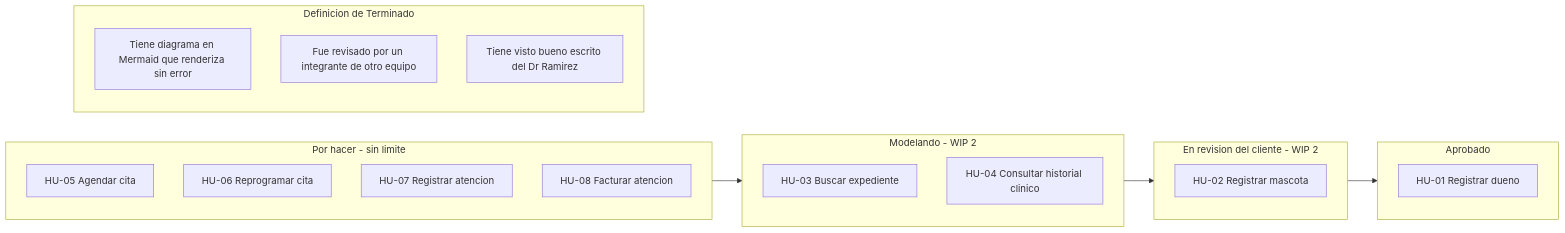
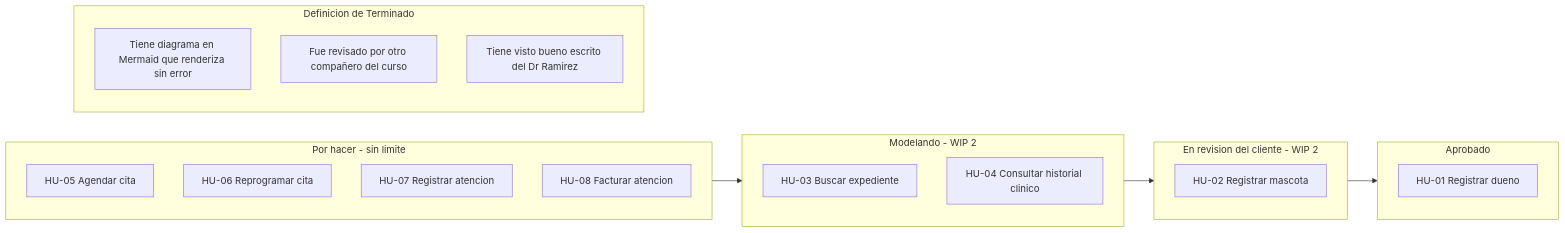
One commit to AndresDFX/UNIAJ changed the second of 2 diagrams in Seminario de Sistemas/Kit docente/Clase 4/Taller en ExamLab - Clase 4 (configuracion).md. Above: the diagram before and after it, drawn with Mermaid. The commit also changed other lines of this file and 535 other files, not shown here.

````diff
--- a/Seminario de Sistemas/Kit docente/Clase 4/Taller en ExamLab - Clase 4 (configuracion).md
+++ b/Seminario de Sistemas/Kit docente/Clase 4/Taller en ExamLab - Clase 4 (configuracion).md
@@ -143,25 +143,25 @@
 ```mermaid
 flowchart LR
     subgraph PH[Por hacer - sin limite]
         T5[HU-05 Agendar cita]
         T6[HU-06 Reprogramar cita]
         T7[HU-07 Registrar atencion]
         T8[HU-08 Facturar atencion]
     end
     subgraph MO[Modelando - WIP 2]
         T3[HU-03 Buscar expediente]
         T4[HU-04 Consultar historial clinico]
     end
     subgraph RC[En revision del cliente - WIP 2]
         T2[HU-02 Registrar mascota]
     end
     subgraph AP[Aprobado]
         T1[HU-01 Registrar dueno]
     end
     subgraph DT[Definicion de Terminado]
         D1[Tiene diagrama en Mermaid que renderiza sin error]
-        D2[Fue revisado por un integrante de otro equipo]
+        D2[Fue revisado por otro compañero del curso]
         D3[Tiene visto bueno escrito del Dr Ramirez]
     end
     PH --> MO --> RC --> AP
 ```
````
